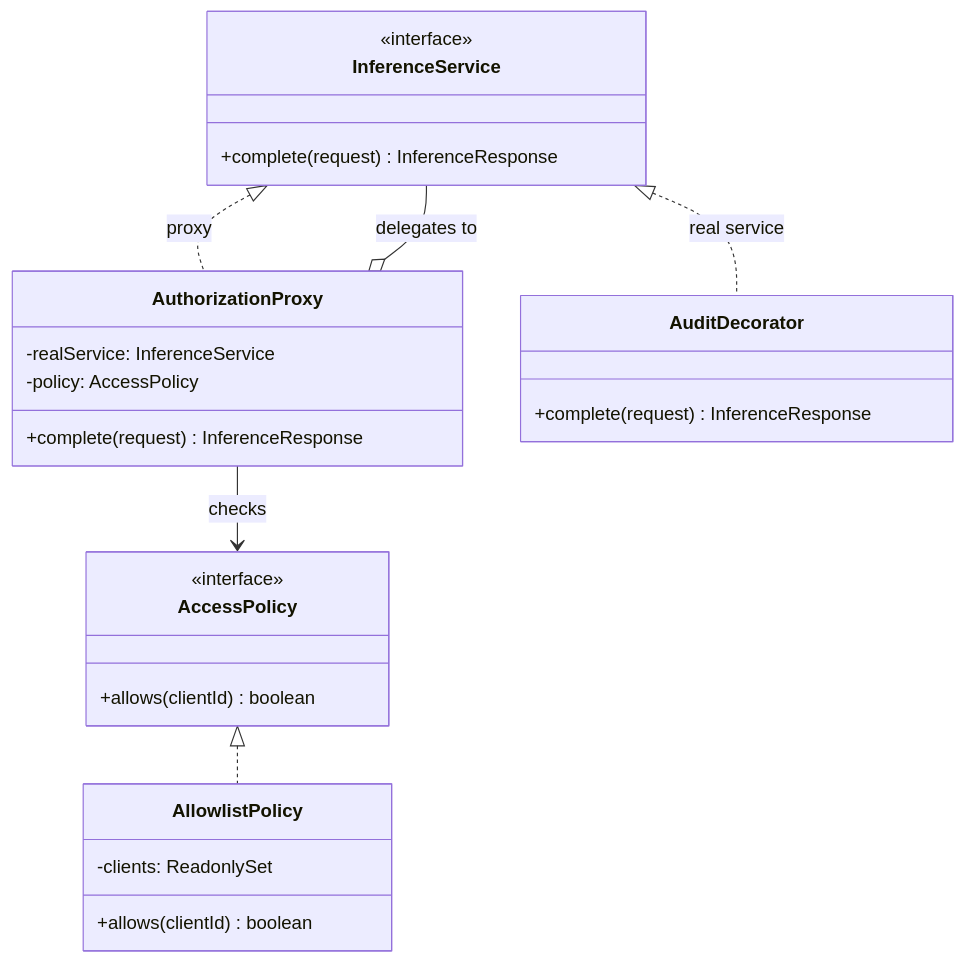
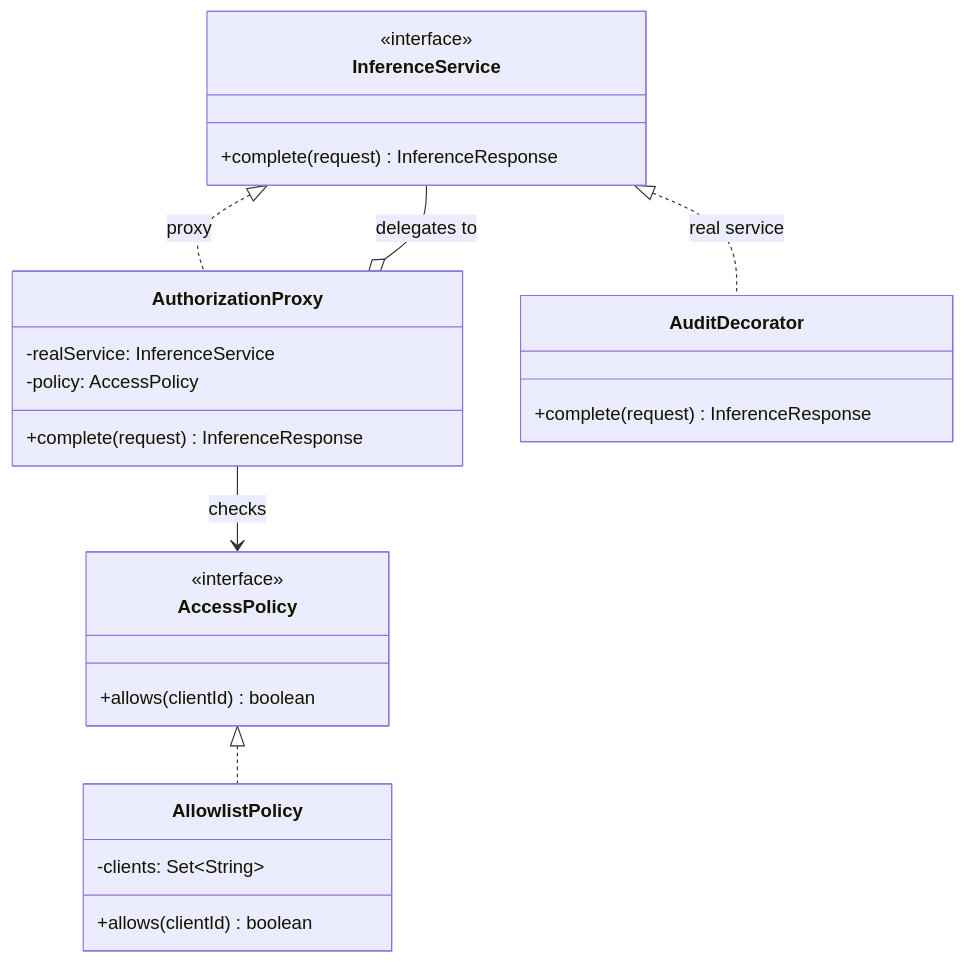
The third of 3 diagrams in lab3/REPORT.md (igortacu/tmps-labs), drawn with Mermaid before and after one commit. The commit also changed other lines of this file and 40 other files, not shown here.

````diff
--- a/lab3/REPORT.md
+++ b/lab3/REPORT.md
@@ -153,28 +149,28 @@
 ```mermaid
 classDiagram
     class InferenceService {
         <<interface>>
         +complete(request) InferenceResponse
     }
     class AuthorizationProxy {
         -realService: InferenceService
         -policy: AccessPolicy
         +complete(request) InferenceResponse
     }
     class AccessPolicy {
         <<interface>>
         +allows(clientId) boolean
     }
     class AllowlistPolicy {
-        -clients: ReadonlySet
+        -clients: Set~String~
         +allows(clientId) boolean
     }
     class AuditDecorator {
         +complete(request) InferenceResponse
     }
     InferenceService <|.. AuthorizationProxy : proxy
     InferenceService <|.. AuditDecorator : real service
     AuthorizationProxy o-- InferenceService : delegates to
     AuthorizationProxy --> AccessPolicy : checks
     AccessPolicy <|.. AllowlistPolicy
 ```
````
